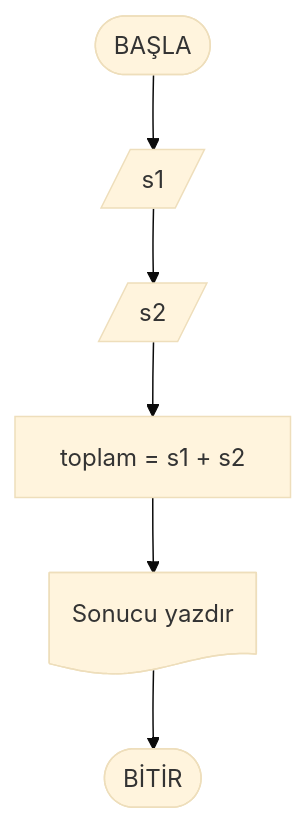
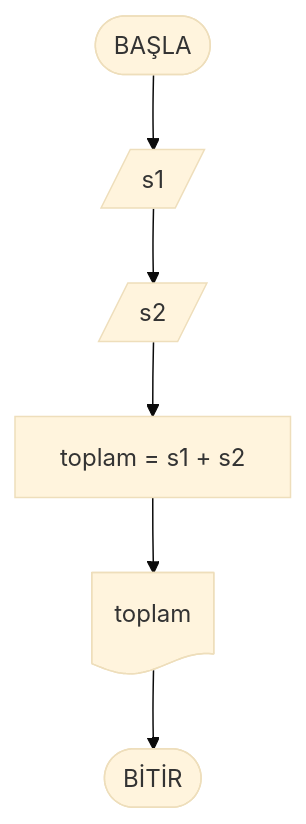
The first of 10 diagrams in Hafta02/ders_icerik.md (ibrahimayaz/Algoritma-ve-Programlamaya-Giris-2025), drawn with Mermaid (base theme) before and after one commit. The commit also changed other lines of this file, not shown here.

````diff
--- a/Hafta02/ders_icerik.md
+++ b/Hafta02/ders_icerik.md
@@ -342,5 +342,5 @@
 ```mermaid
 flowchart TD
   start([BAŞLA]) --> in1[/s1/] --> in2[/s2/]
-  in2 --> calc[toplam = s1 + s2] --> out@{ shape: doc, label: "Sonucu yazdır" } --> endNode([BİTİR])
+  in2 --> calc[toplam = s1 + s2] --> out@{ shape: doc, label: "toplam" } --> endNode([BİTİR])
 ```
````
